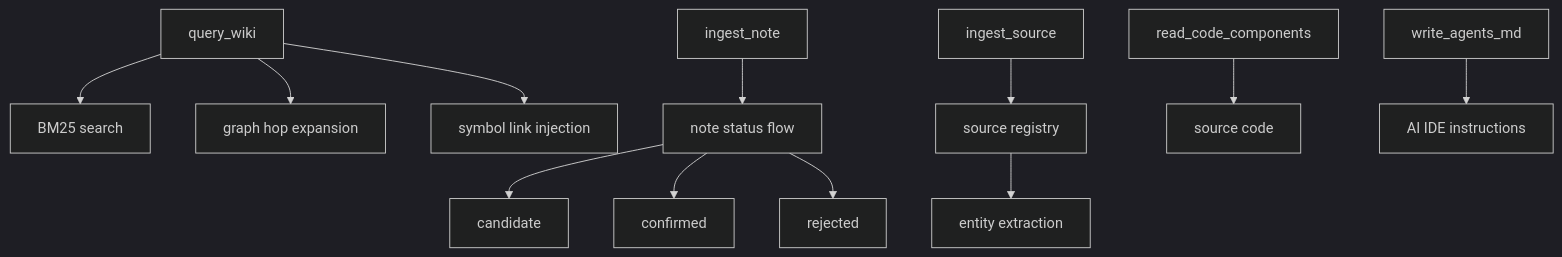
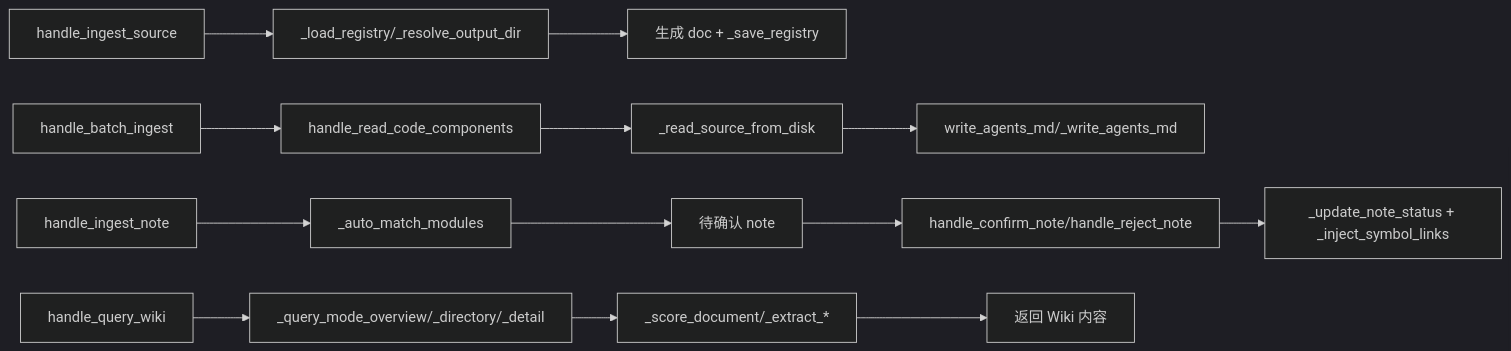
The diagram in repowiki/wiki/modules/MCP_Tools_Knowledge.md (mambo-wang/CodeWiki-Plus), drawn with Mermaid (dark theme) before and after one commit. The commit also changed other lines of this file and 36 other files, not shown here.

````diff
--- a/repowiki/wiki/modules/MCP_Tools_Knowledge.md
+++ b/repowiki/wiki/modules/MCP_Tools_Knowledge.md
@@ -17,14 +90,15 @@
 ```mermaid
-graph TB
-    A[query_wiki] --> B[BM25 search]
-    A --> C[graph hop expansion]
-    A --> D[symbol link injection]
-    E[ingest_note] --> F[note status flow]
-    F --> G[candidate]
-    F --> H[confirmed]
-    F --> I[rejected]
-    J[ingest_source] --> K[source registry]
-    K --> L[entity extraction]
-    M[read_code_components] --> N[source code]
-    O[write_agents_md] --> P[AI IDE instructions]
+flowchart LR
+  A[handle_ingest_source] --> B[_load_registry/_resolve_output_dir]
+  B --> C[生成 doc + _save_registry]
+  D[handle_batch_ingest] --> E[handle_read_code_components]
+  E --> F[_read_source_from_disk]
+  F --> G[write_agents_md/_write_agents_md]
+  H[handle_ingest_note] --> I[_auto_match_modules]
+  I --> J[待确认 note]
+  J --> K[handle_confirm_note/handle_reject_note]
+  K --> L[_update_note_status + _inject_symbol_links]
+  M[handle_query_wiki] --> N[_query_mode_overview/_directory/_detail]
+  N --> O[_score_document/_extract_*]
+  O --> P[返回 Wiki 内容]
 ```
````
